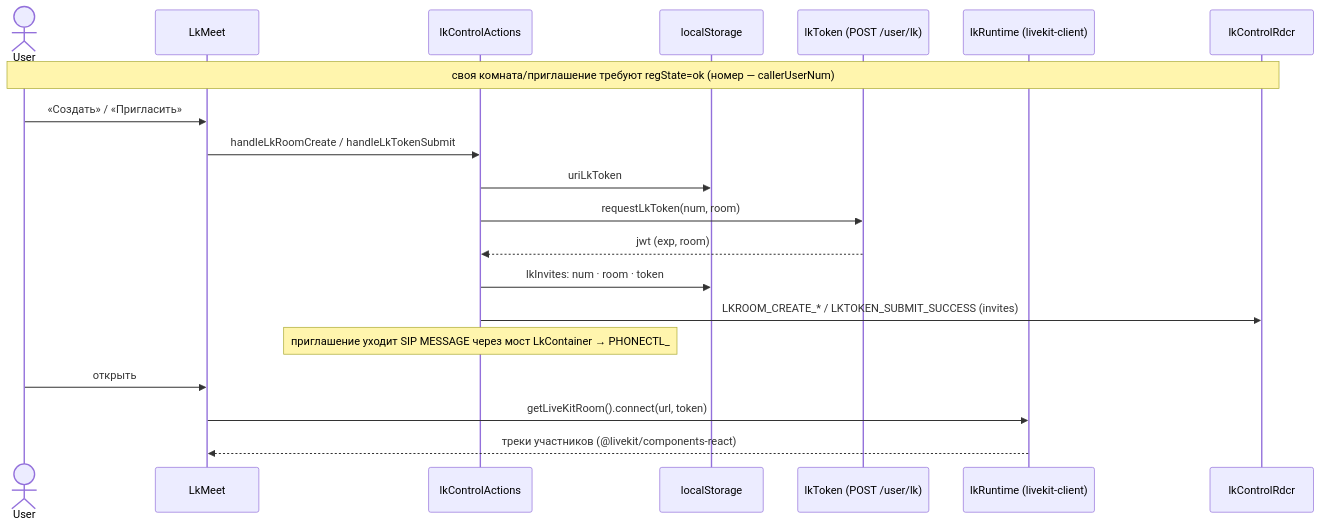
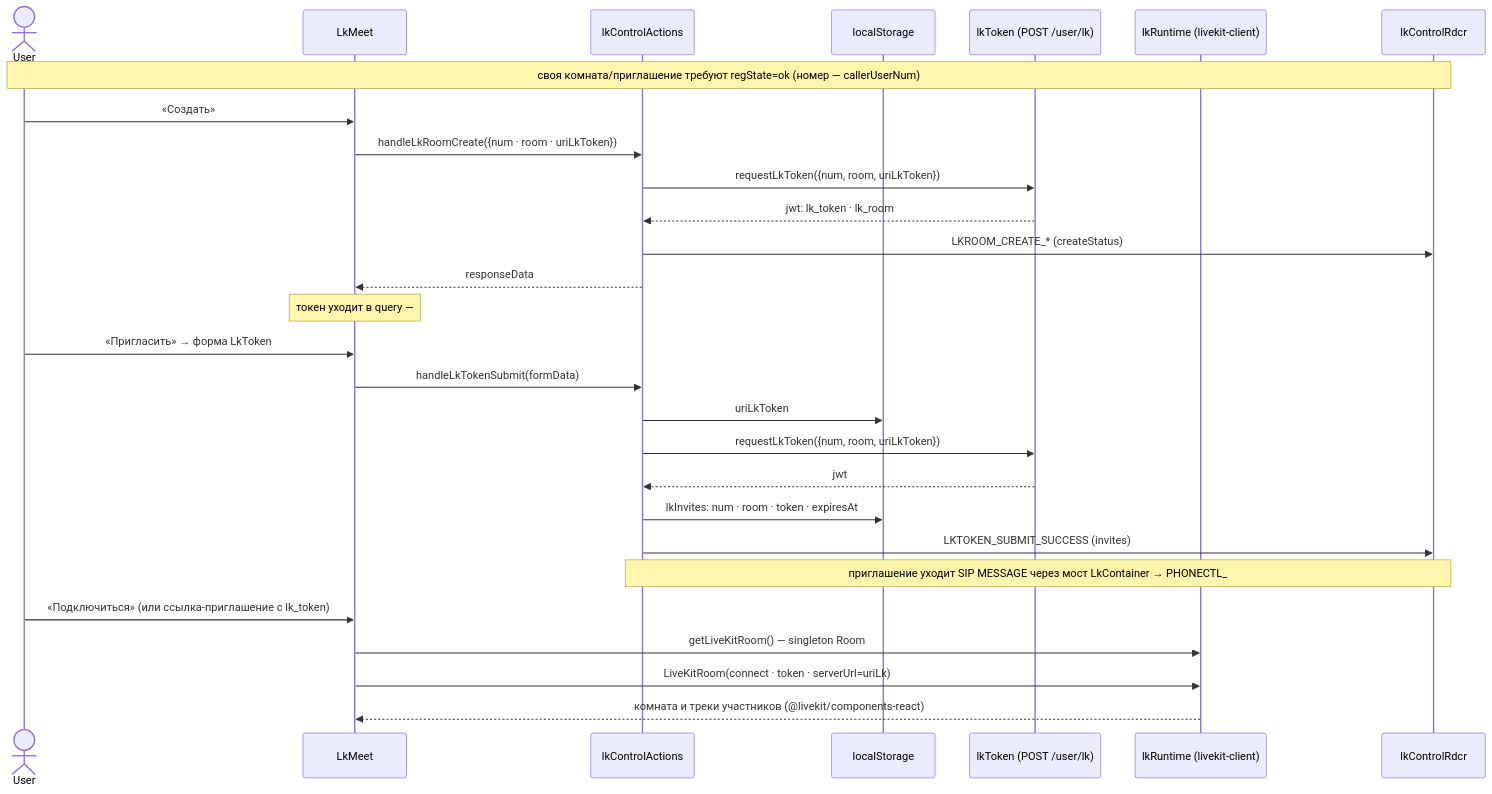
One commit to ars-anosov/sipjs-react changed the third of 3 diagrams in docs/STATE.md. Above: the diagram before and after it, drawn with Mermaid. The commit also changed other lines of this file and 7 other files, not shown here.

````diff
--- a/docs/STATE.md
+++ b/docs/STATE.md
@@ -116,23 +132,31 @@
 ```mermaid
 sequenceDiagram
   actor User
   participant LkMeet
   participant Action as lkControlActions
   participant LS as localStorage
   participant Token as lkToken (POST /user/lk)
   participant Runtime as lkRuntime (livekit-client)
   participant Rdcr as lkControlRdcr
 
   Note over User,Rdcr: своя комната/приглашение требуют regState=ok (номер — callerUserNum)
-  User->>LkMeet: «Создать» / «Пригласить»
-  LkMeet->>Action: handleLkRoomCreate / handleLkTokenSubmit
+  User->>LkMeet: «Создать»
+  LkMeet->>Action: handleLkRoomCreate({num · room · uriLkToken})
+  Action->>Token: requestLkToken({num, room, uriLkToken})
+  Token-->>Action: jwt: lk_token · lk_room
+  Action->>Rdcr: LKROOM_CREATE_* (createStatus)
+  Action-->>LkMeet: responseData
+  Note over LkMeet: токен уходит в query — #/?lk_room&lk_token (в localStorage не пишется)
+  User->>LkMeet: «Пригласить» → форма LkToken
+  LkMeet->>Action: handleLkTokenSubmit(formData)
   Action->>LS: uriLkToken
-  Action->>Token: requestLkToken(num, room)
-  Token-->>Action: jwt (exp, room)
-  Action->>LS: lkInvites: num · room · token
-  Action->>Rdcr: LKROOM_CREATE_* / LKTOKEN_SUBMIT_SUCCESS (invites)
-  Note over Action: приглашение уходит SIP MESSAGE через мост LkContainer → PHONECTL_
-  User->>LkMeet: открыть #/?lk_room&lk_token
-  LkMeet->>Runtime: getLiveKitRoom().connect(url, token)
-  Runtime-->>LkMeet: треки участников (@livekit/components-react)
+  Action->>Token: requestLkToken({num, room, uriLkToken})
+  Token-->>Action: jwt
+  Action->>LS: lkInvites: num · room · token · expiresAt
+  Action->>Rdcr: LKTOKEN_SUBMIT_SUCCESS (invites)
+  Note over Action,Rdcr: приглашение уходит SIP MESSAGE через мост LkContainer → PHONECTL_
+  User->>LkMeet: «Подключиться» (или ссылка-приглашение с lk_token)
+  LkMeet->>Runtime: getLiveKitRoom() — singleton Room
+  LkMeet->>Runtime: LiveKitRoom(connect · token · serverUrl=uriLk)
+  Runtime-->>LkMeet: комната и треки участников (@livekit/components-react)
 ```
````
